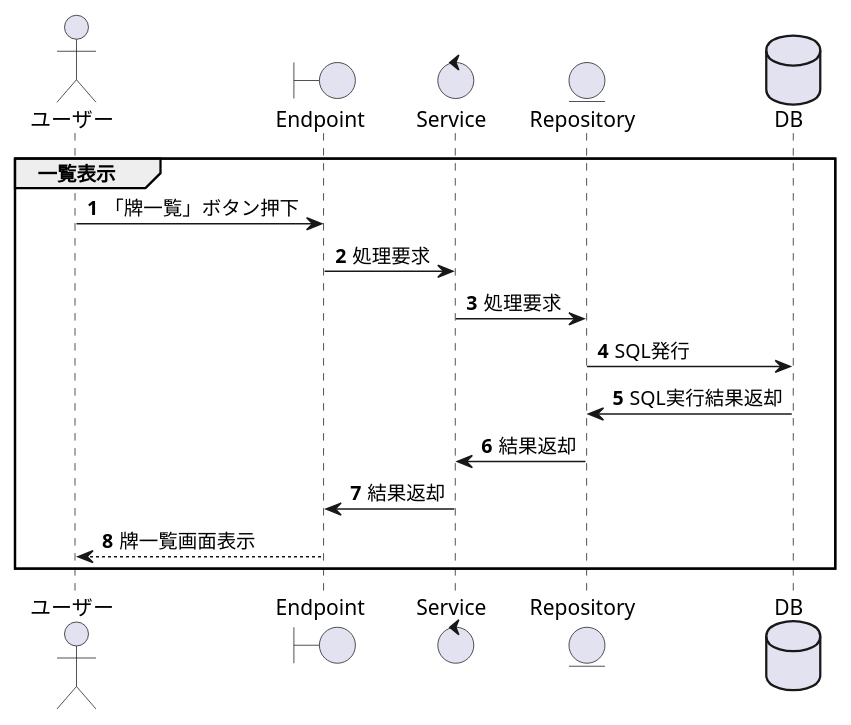
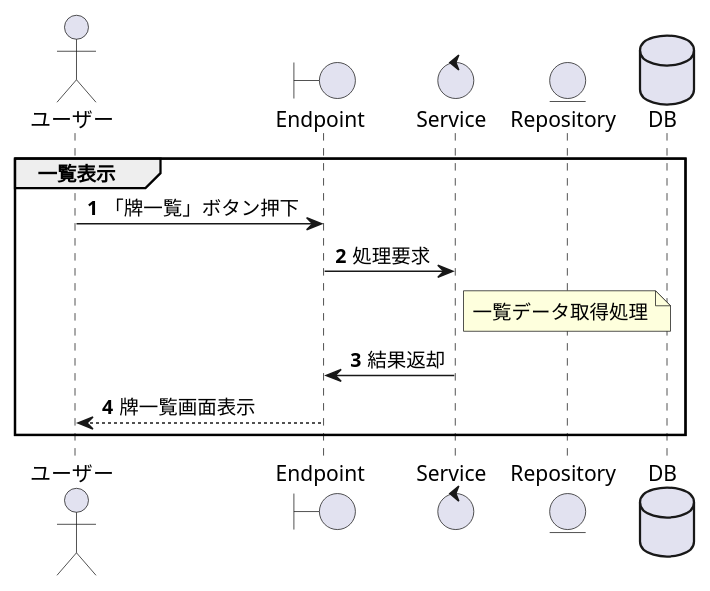
One commit to NakataTPD/2018-k-web-training changed the third of 10 diagrams in document/詳細設計書/詳細設計書.md. Above: the diagram before and after it, drawn with PlantUML. The commit also changed other lines of this file and 1 other file, not shown here.

````diff
--- a/document/詳細設計書/詳細設計書.md
+++ b/document/詳細設計書/詳細設計書.md
@@ -166,21 +174,18 @@
 ```puml
 actor ユーザー as User
 boundary Endpoint as Con
 control Service as Ser
 entity Repository as Repo
 database DB as DB
 
 group 一覧表示
   autonumber 1
-
     User -> Con: 「牌一覧」ボタン押下
     Con -> Ser: 処理要求
-    Ser -> Repo: 処理要求
-    Repo -> DB: SQL発行
-    DB -> Repo: SQL実行結果返却
-    Repo -> Ser: 結果返却
+    note over Repo
+    一覧データ取得処理
+    end note
     Ser -> Con: 結果返却
     Con --> User: 牌一覧画面表示
-
 end
 ```
````
